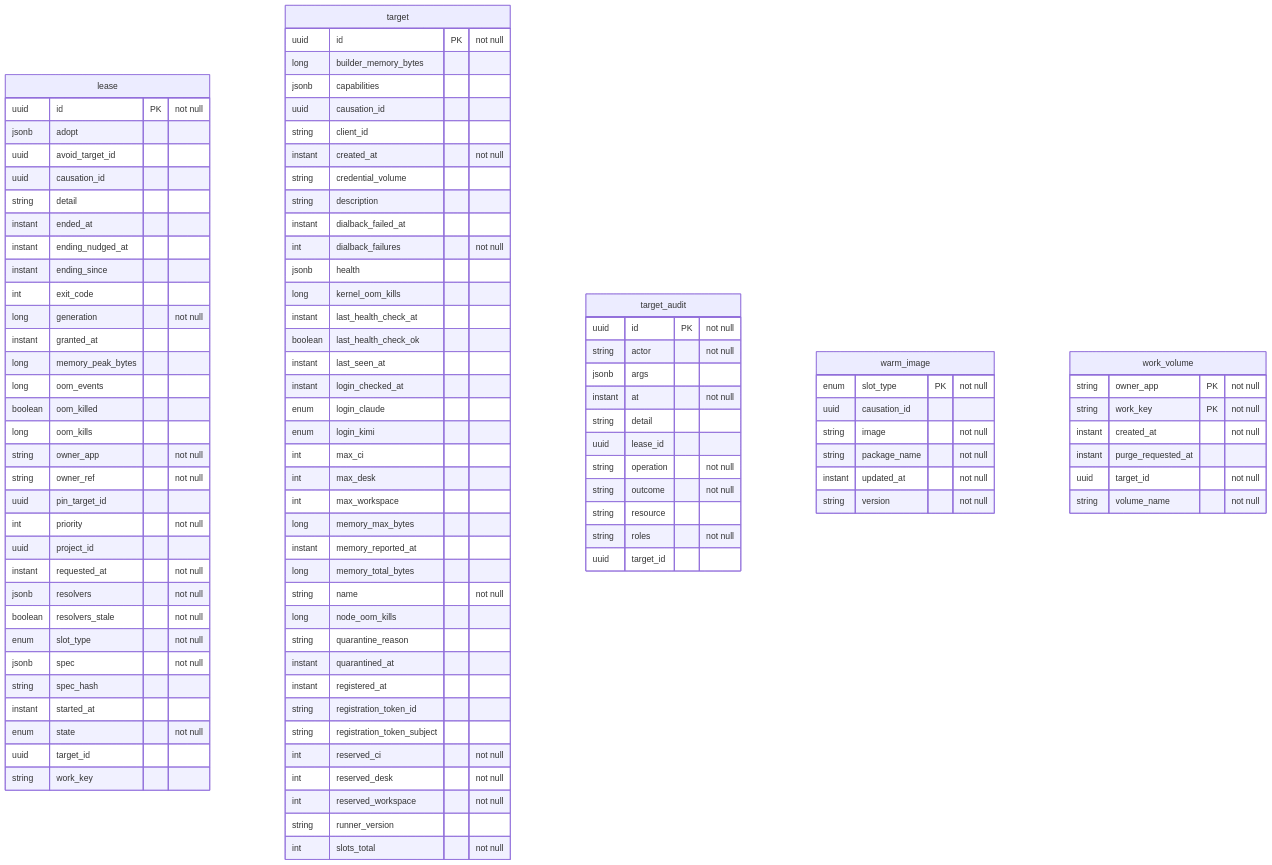
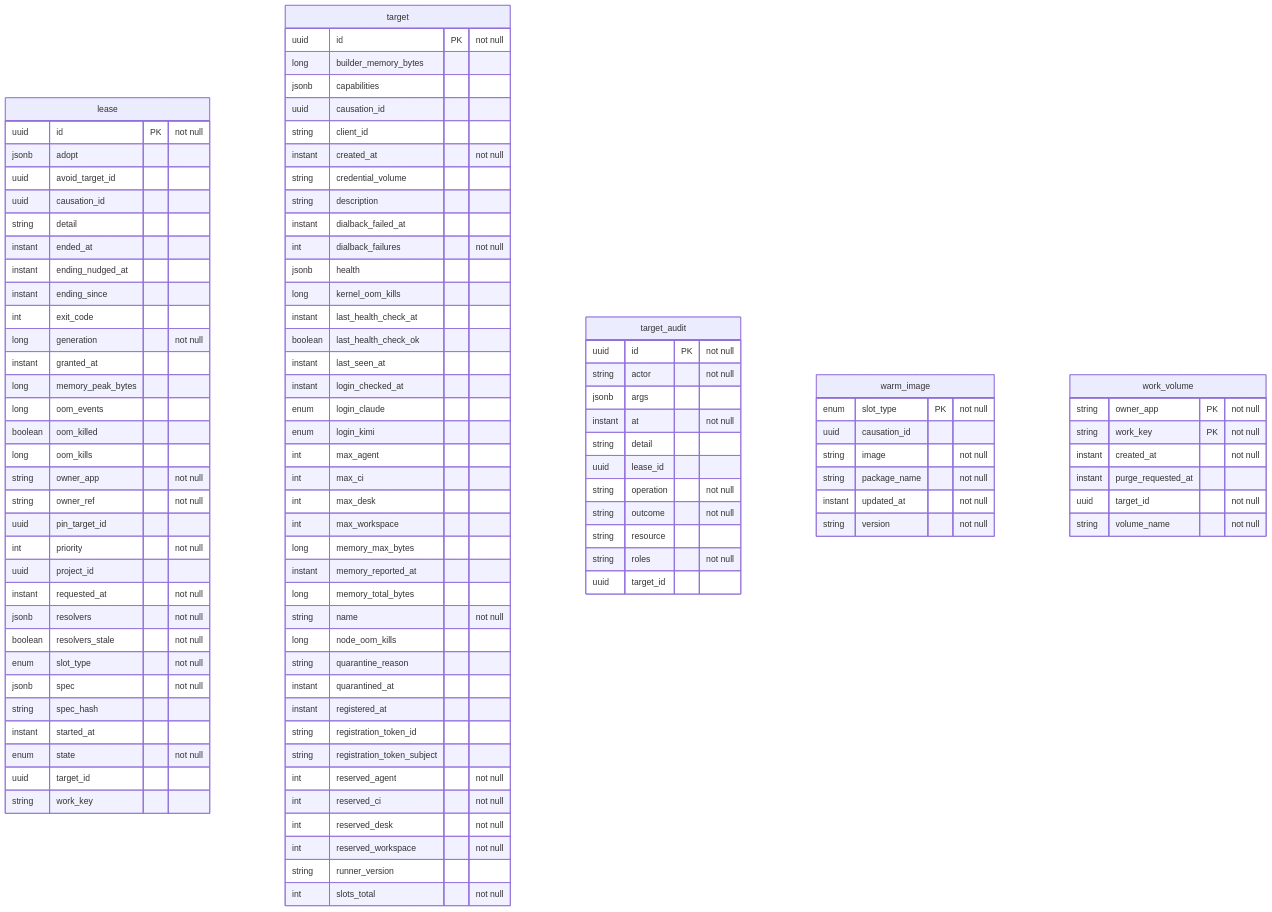
The diagram in docs/database/system.md (QuicklyIterateTheSoftware/qits-system-service), drawn with Mermaid before and after one commit. The commit also changed 53 other files, not shown here.

```diff
--- a/docs/database/system.md
+++ b/docs/database/system.md
@@ -58,6 +58,7 @@
     instant login_checked_at
     enum login_claude
     enum login_kimi
+    int max_agent
     int max_ci
     int max_desk
     int max_workspace
@@ -71,6 +72,7 @@
     instant registered_at
     string registration_token_id
     string registration_token_subject
+    int reserved_agent "not null"
     int reserved_ci "not null"
     int reserved_desk "not null"
     int reserved_workspace "not null"
```
